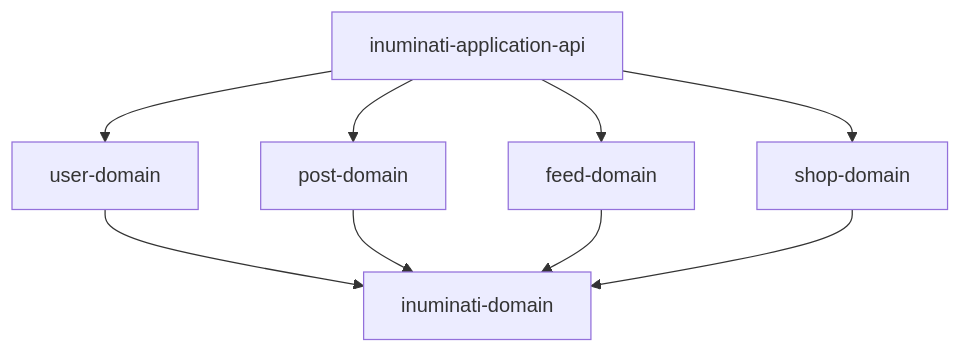
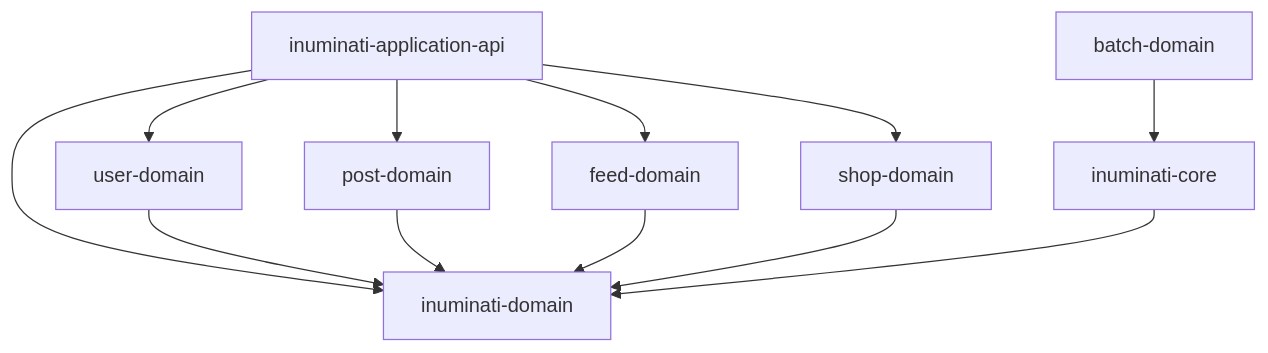
The diagram in inuminati-api/README.md (k21hornet/inuminati), drawn with Mermaid before and after one commit. The commit also changed other lines of this file and 10 other files, not shown here.

````diff
--- a/inuminati-api/README.md
+++ b/inuminati-api/README.md
@@ -15,11 +16,14 @@
 ```mermaid
 graph TD
     inuminati-application-api --> user-domain
     inuminati-application-api --> post-domain
     inuminati-application-api --> feed-domain
     inuminati-application-api --> shop-domain
+    inuminati-application-api --> inuminati-domain
     user-domain --> inuminati-domain
     post-domain --> inuminati-domain
     feed-domain --> inuminati-domain
     shop-domain --> inuminati-domain
+    batch-domain --> inuminati-core
+    inuminati-core --> inuminati-domain
 ```
````
